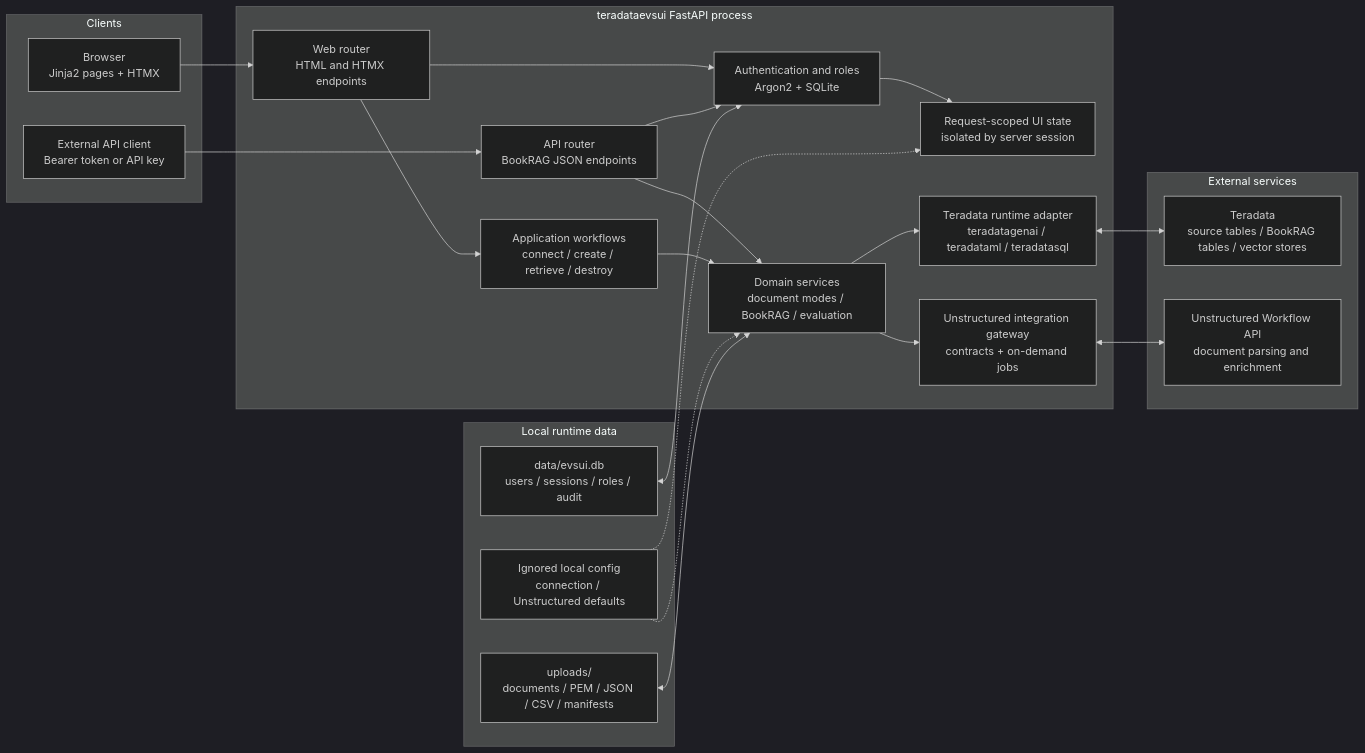
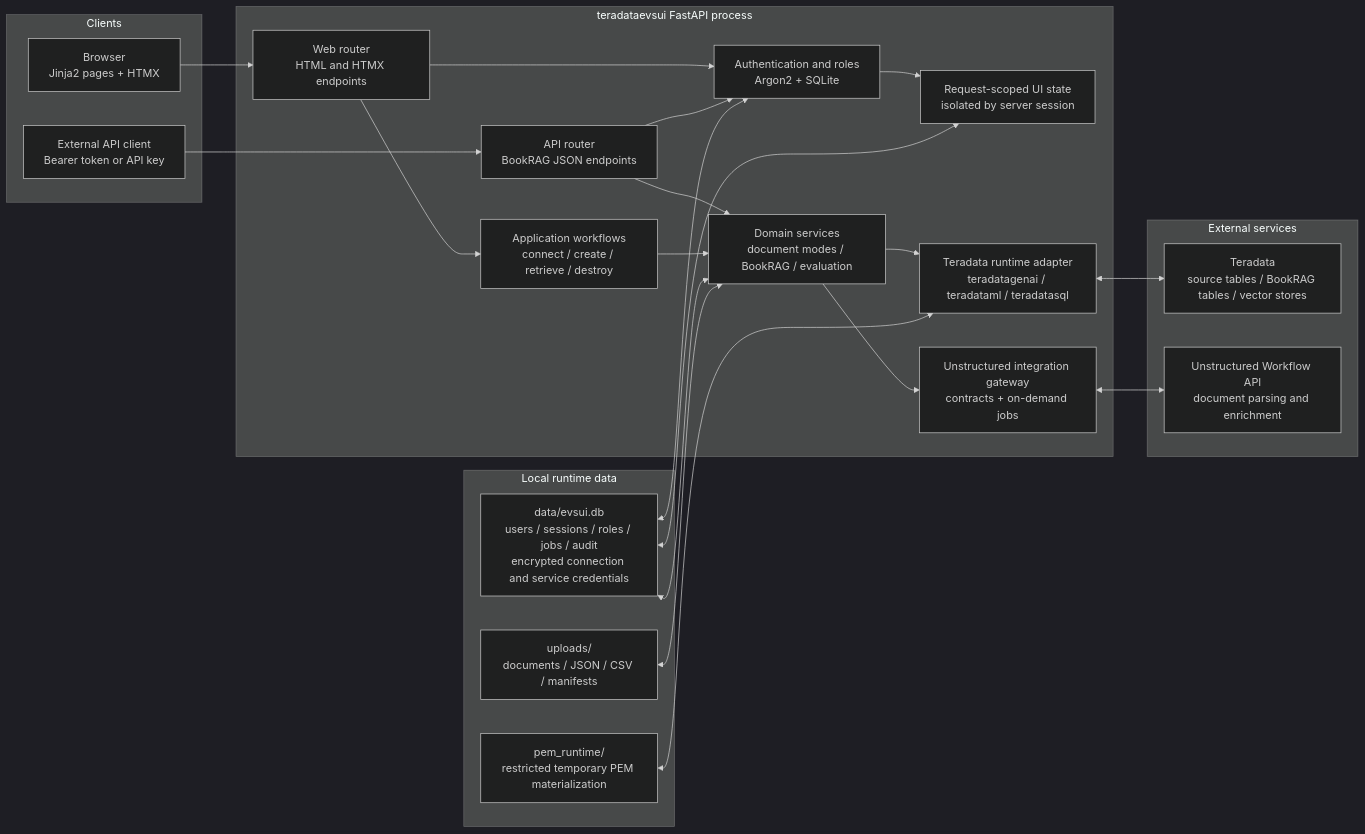
One commit to xuhaibintd/EVSUI changed the first of 4 diagrams in README.md. Above: the diagram before and after it, drawn with Mermaid (dark theme). The commit also changed other lines of this file and 91 other files, not shown here.

````diff
--- a/README.md
+++ b/README.md
@@ -228,47 +232,48 @@
 ```mermaid
 flowchart LR
     subgraph Clients["Clients"]
         Browser["Browser<br/>Jinja2 pages + HTMX"]
         ApiClient["External API client<br/>Bearer token or API key"]
     end
 
     subgraph App["teradataevsui FastAPI process"]
         Web["Web router<br/>HTML and HTMX endpoints"]
         API["API router<br/>BookRAG JSON endpoints"]
         Auth["Authentication and roles<br/>Argon2 + SQLite"]
         Session["Request-scoped UI state<br/>isolated by server session"]
         Flow["Application workflows<br/>connect / create / retrieve / destroy"]
         Service["Domain services<br/>document modes / BookRAG / evaluation"]
         TDAdapter["Teradata runtime adapter<br/>teradatagenai / teradataml / teradatasql"]
         USAdapter["Unstructured integration gateway<br/>contracts + on-demand jobs"]
 
         Web --> Auth
         API --> Auth
         Auth --> Session
         Web --> Flow
         API --> Service
         Flow --> Service
         Service --> TDAdapter
         Service --> USAdapter
     end
 
     subgraph Local["Local runtime data"]
-        AuthDB["data/evsui.db<br/>users / sessions / roles / audit"]
-        Config["Ignored local config<br/>connection / Unstructured defaults"]
-        Files["uploads/<br/>documents / PEM / JSON / CSV / manifests"]
+        StateDB["data/evsui.db<br/>users / sessions / roles / jobs / audit<br/>encrypted connection and service credentials"]
+        Files["uploads/<br/>documents / JSON / CSV / manifests"]
+        Pem["pem_runtime/<br/>restricted temporary PEM materialization"]
     end
 
     subgraph External["External services"]
         TD["Teradata<br/>source tables / BookRAG tables / vector stores"]
         US["Unstructured Workflow API<br/>document parsing and enrichment"]
     end
 
     Browser --> Web
     ApiClient --> API
-    AuthDB <--> Auth
-    Config -.-> Session
-    Config -.-> Service
+    StateDB <--> Auth
+    StateDB <--> Session
+    StateDB <--> Service
     Files <--> Service
+    Pem <--> TDAdapter
     TDAdapter <--> TD
     USAdapter <--> US
 ```
````
